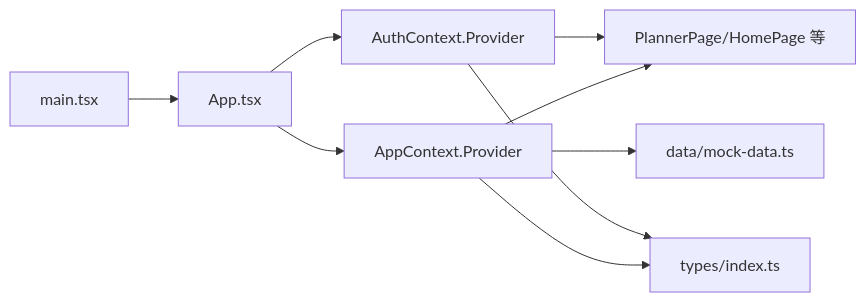
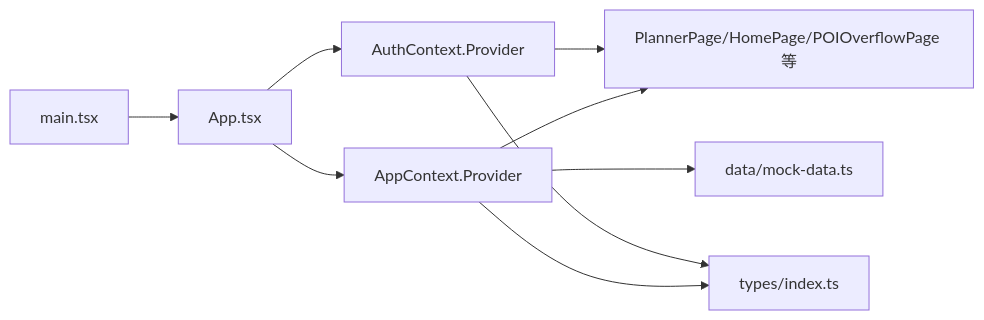
One commit to ititjjy/AITrip-plan changed the ninth of 9 diagrams in .qoder/repowiki/zh/content/前端架构/状态管理.md. Above: the diagram before and after it, drawn with Mermaid. The commit also changed other lines of this file and 144 other files, not shown here.

````diff
--- a/.qoder/repowiki/zh/content/前端架构/状态管理.md
+++ b/.qoder/repowiki/zh/content/前端架构/状态管理.md
@@ -282,11 +368,11 @@
 ```mermaid
 graph LR
 MA["main.tsx"] --> AP["App.tsx"]
 AP --> AC["AppContext.Provider"]
 AP --> AU["AuthContext.Provider"]
-AC --> P["PlannerPage/HomePage 等"]
+AC --> P["PlannerPage/HomePage/POIOverflowPage 等"]
 AU --> P
 AC --> T["types/index.ts"]
 AU --> T
 AC --> D["data/mock-data.ts"]
 ```
````
